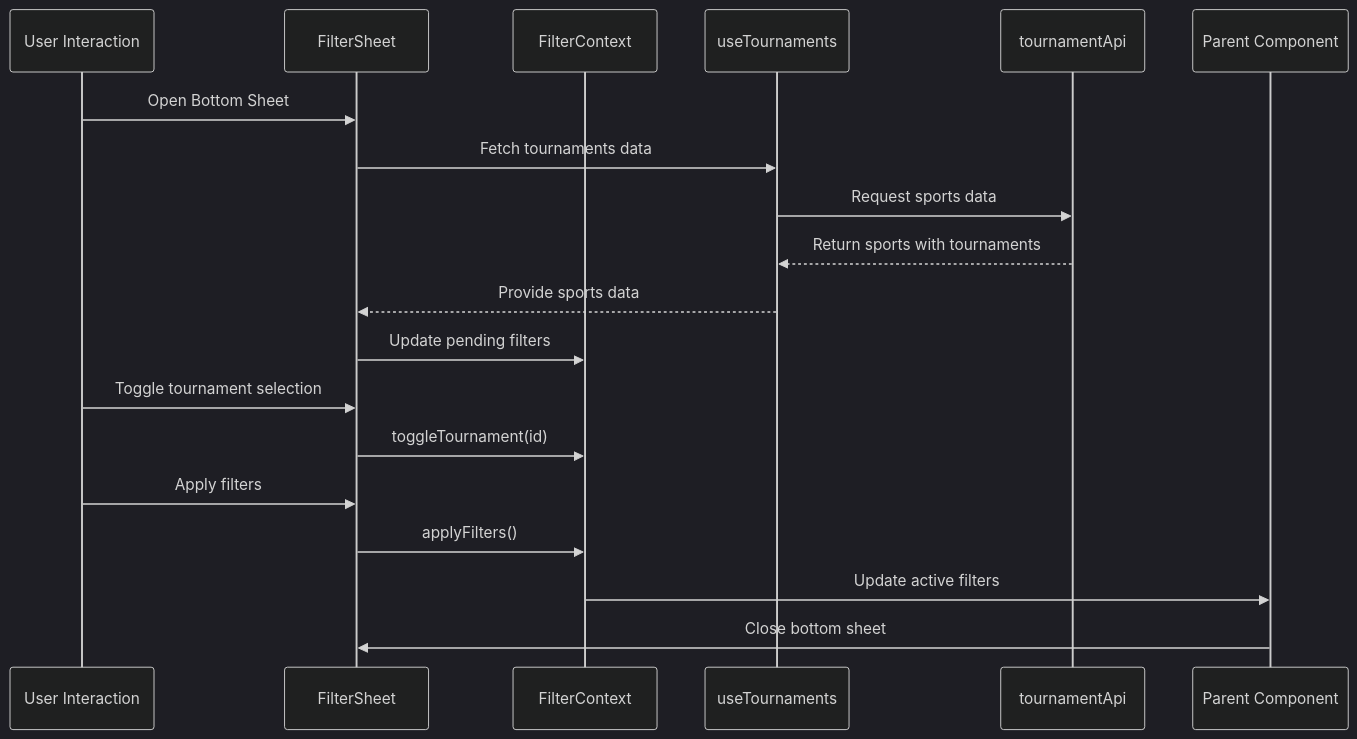
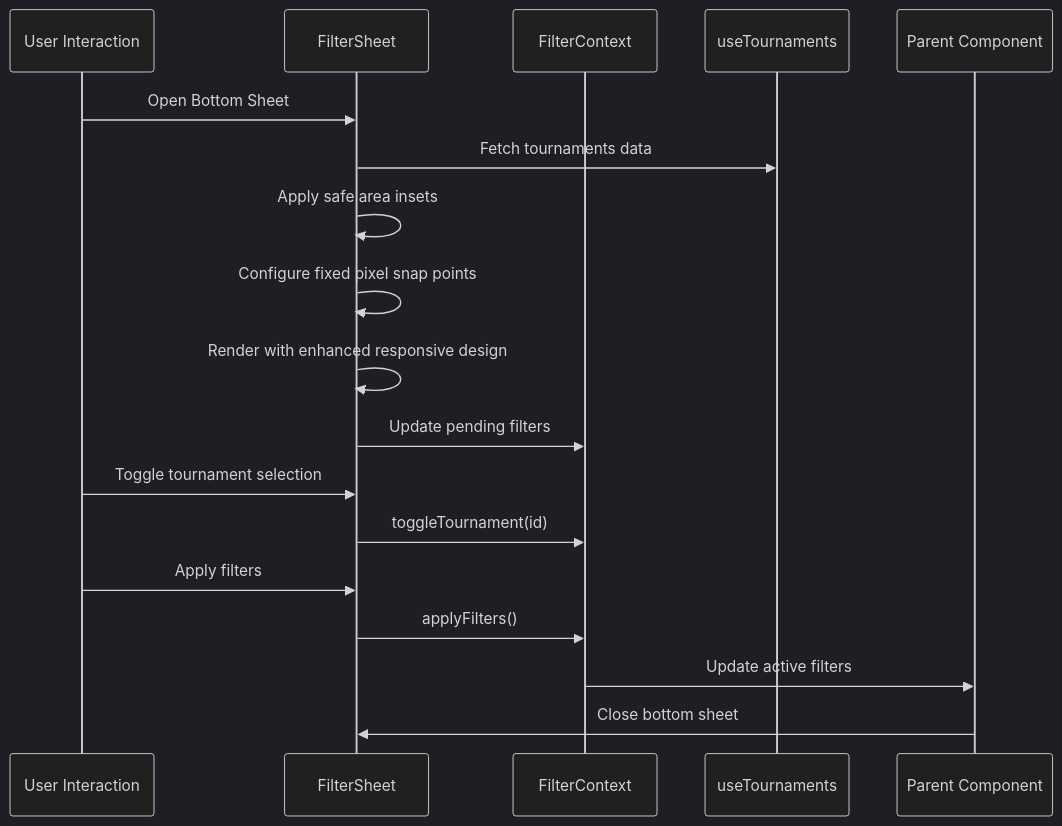
The second of 8 diagrams in .qoder/repowiki/en/content/Core Features/Filtering System/Filter Sheet Modal.md (Hasanul-Alam/technical-assignment-digiground), drawn with Mermaid (dark theme) before and after one commit. The commit also changed other lines of this file and 1 other file, not shown here.

First line of the commit message:
docs(filter-sheet): enhance mobile responsiveness with safe area support

````diff
--- a/.qoder/repowiki/en/content/Core Features/Filtering System/Filter Sheet Modal.md
+++ b/.qoder/repowiki/en/content/Core Features/Filtering System/Filter Sheet Modal.md
@@ -119,21 +121,20 @@
 ```mermaid
 sequenceDiagram
 participant User as User Interaction
 participant FS as FilterSheet
 participant FC as FilterContext
 participant UT as useTournaments
-participant TA as tournamentApi
 participant IDX as Parent Component
 User->>FS : Open Bottom Sheet
 FS->>UT : Fetch tournaments data
-UT->>TA : Request sports data
-TA-->>UT : Return sports with tournaments
-UT-->>FS : Provide sports data
+FS->>FS : Apply safe area insets
+FS->>FS : Configure fixed pixel snap points
+FS->>FS : Render with enhanced responsive design
 FS->>FC : Update pending filters
 User->>FS : Toggle tournament selection
 FS->>FC : toggleTournament(id)
 User->>FS : Apply filters
 FS->>FC : applyFilters()
 FC->>IDX : Update active filters
 IDX->>FS : Close bottom sheet
 ```
````
